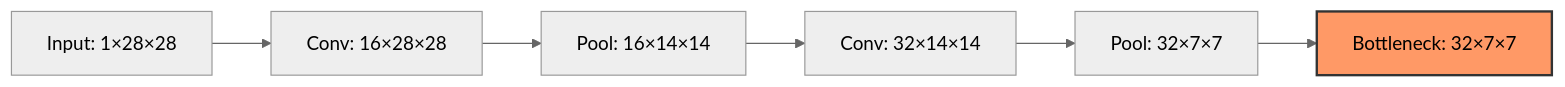
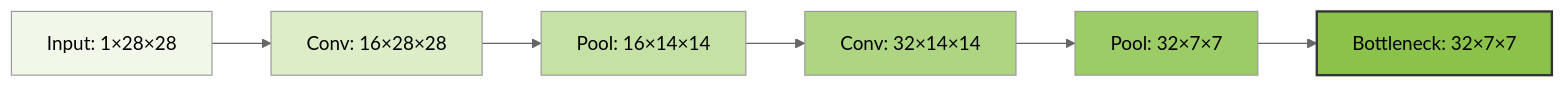
Before and after one commit to Chaklader/landmark-classification-cnn: the ninth of 11 diagrams in C_4.md, drawn with Mermaid (neutral theme). The commit also changed other lines of this file, not shown here.

````diff
--- a/C_4.md
+++ b/C_4.md
@@ -1427,9 +1800,16 @@
 ```mermaid
 graph LR
     A[Input: 1×28×28] --> B[Conv: 16×28×28]
     B --> C[Pool: 16×14×14]
     C --> D[Conv: 32×14×14]
     D --> E[Pool: 32×7×7]
     E --> F[Bottleneck: 32×7×7]
-    style F fill:#f96,stroke:#333,stroke-width:2px
+
+    style A fill:#F1F8E9
+style B fill:#DCEDC8
+style C fill:#C5E1A5
+style D fill:#AED581
+style E fill:#9CCC65
+style F fill:#8BC34A,stroke:#333,stroke-width:2px
+
 ```
````
